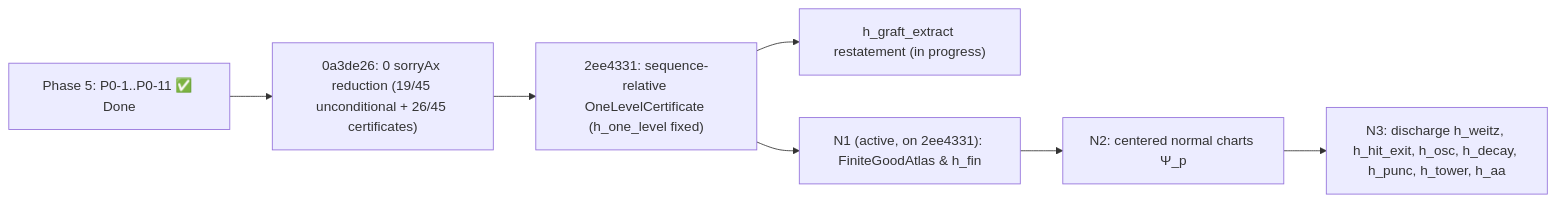
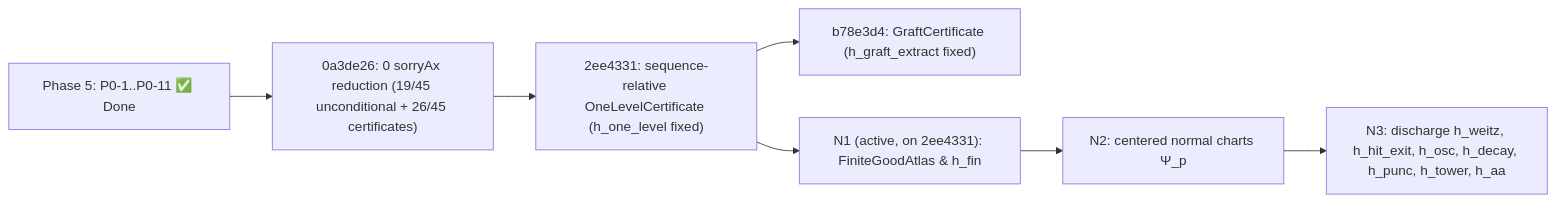
The diagram in COMPLETION_PLAN.md (psuarezserrato/gromov-genus0-compactness), drawn with Mermaid before and after one commit. The commit also changed other lines of this file and 6 other files, not shown here.

Commit message:
Report and plan: restated graft certificate, S4, merged state b78e3d4

````diff
--- a/COMPLETION_PLAN.md
+++ b/COMPLETION_PLAN.md
@@ -211,9 +211,9 @@
 ```mermaid
 flowchart LR
   P0["Phase 5: P0-1..P0-11 ✅ Done"] --> R["0a3de26: 0 sorryAx reduction (19/45 unconditional + 26/45 certificates)"]
   R --> S["2ee4331: sequence-relative OneLevelCertificate (h_one_level fixed)"]
-  S --> GX["h_graft_extract restatement (in progress)"]
+  S --> GX["b78e3d4: GraftCertificate (h_graft_extract fixed)"]
   S --> N1["N1 (active, on 2ee4331): FiniteGoodAtlas & h_fin"]
   N1 --> N2["N2: centered normal charts Ψ_p"]
   N2 --> N3["N3: discharge h_weitz, h_hit_exit, h_osc, h_decay, h_punc, h_tower, h_aa"]
 ```
````
